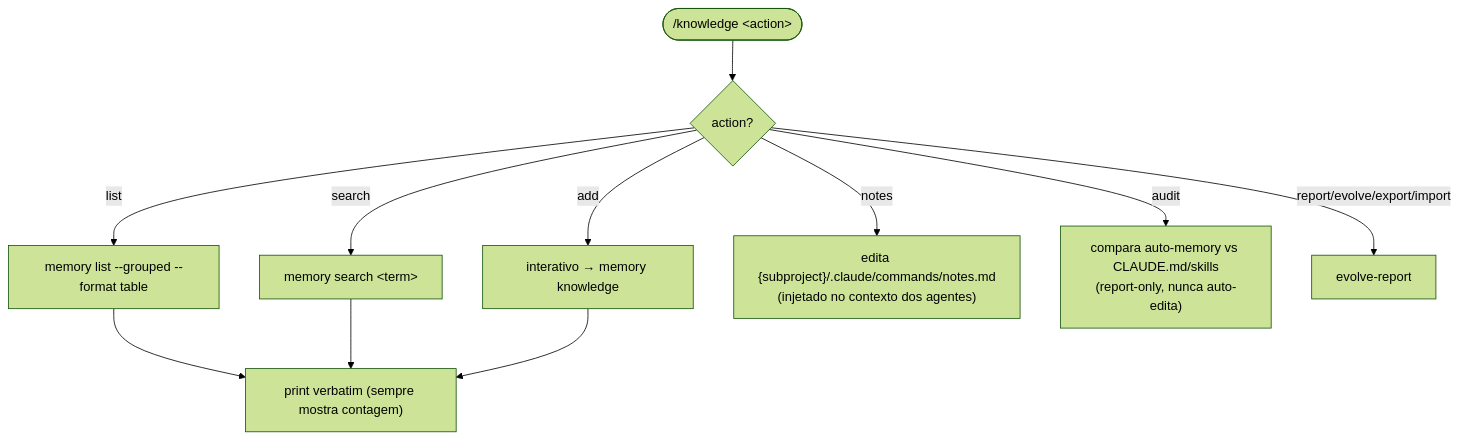
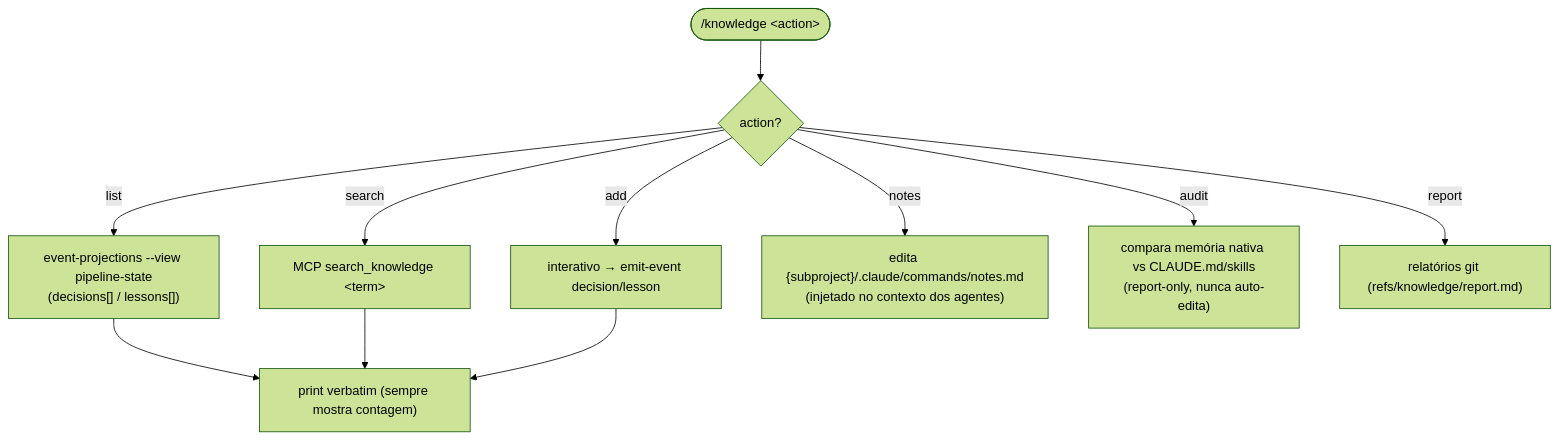
One commit to rubensrpj/mustard changed diagram 16 of 19 in MUSTARD-COMMANDS.md. Above: the diagram before and after it, drawn with Mermaid (forest theme). The commit also changed other lines of this file and 107 other files, not shown here.

````diff
--- a/MUSTARD-COMMANDS.md
+++ b/MUSTARD-COMMANDS.md
@@ -517,13 +519,13 @@
 ```mermaid
 flowchart TD
     start(["/knowledge &lt;action&gt;"]) --> action{"action?"}
-    action -->|list| list["memory list --grouped --format table"]
-    action -->|search| search["memory search &lt;term&gt;"]
-    action -->|add| add["interativo → memory knowledge"]
+    action -->|list| list["event-projections --view pipeline-state<br/>(decisions[] / lessons[])"]
+    action -->|search| search["MCP search_knowledge &lt;term&gt;"]
+    action -->|add| add["interativo → emit-event decision/lesson"]
     action -->|notes| notes["edita {subproject}/.claude/commands/notes.md<br/>(injetado no contexto dos agentes)"]
-    action -->|audit| audit["compara auto-memory vs CLAUDE.md/skills<br/>(report-only, nunca auto-edita)"]
-    action -->|"report/evolve/export/import"| rep["evolve-report"]
+    action -->|audit| audit["compara memória nativa vs CLAUDE.md/skills<br/>(report-only, nunca auto-edita)"]
+    action -->|report| rep["relatórios git (refs/knowledge/report.md)"]
     list --> print["print verbatim (sempre mostra contagem)"]
     search --> print
     add --> print
 ```
````
